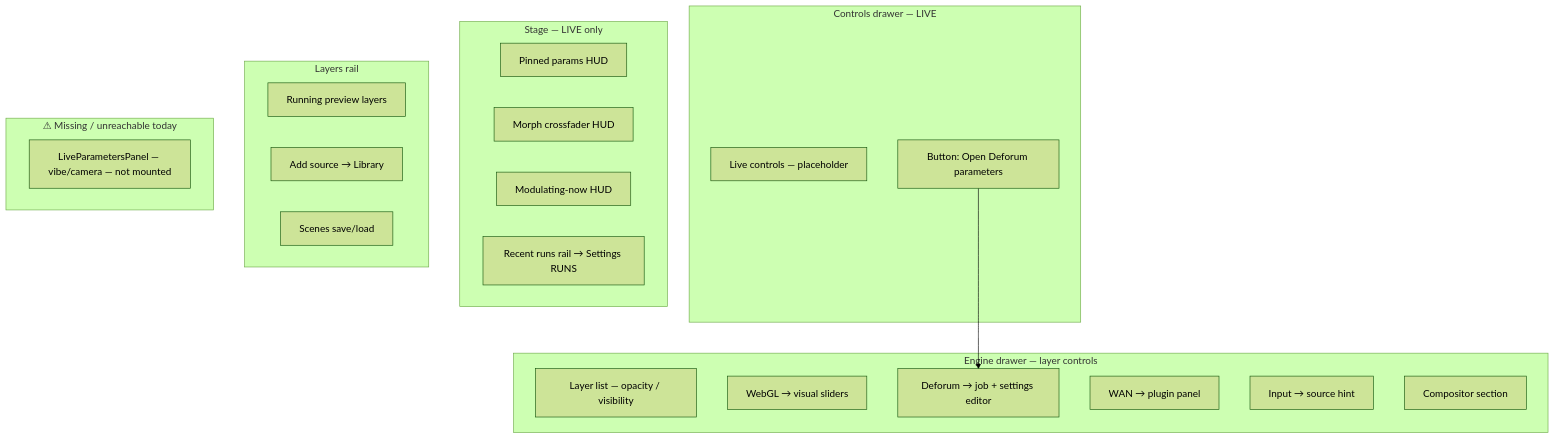
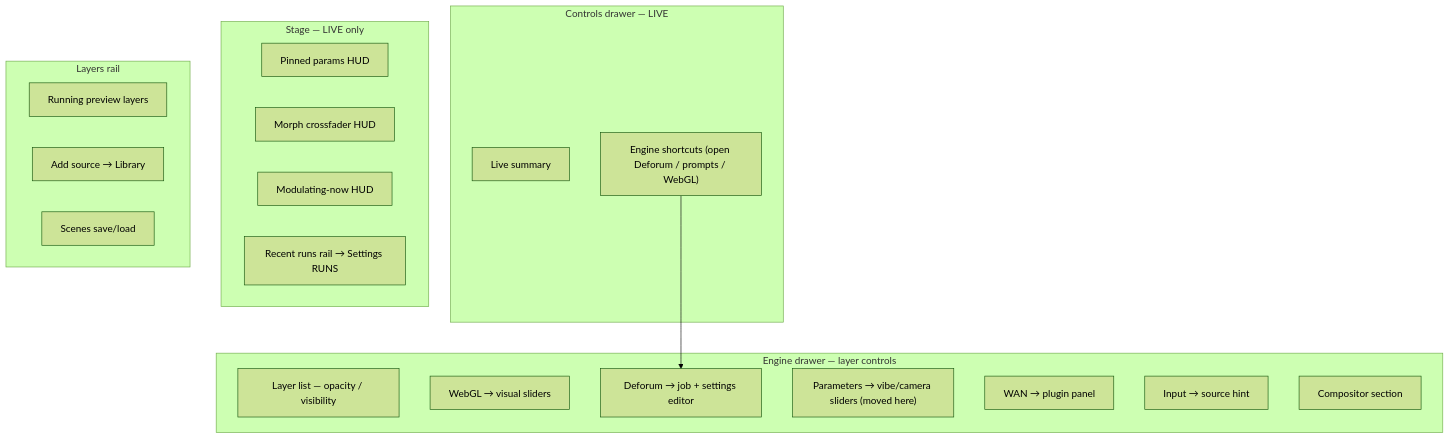
One commit to janiluuk/defora changed the third of 10 diagrams in docker/web/docs/UI-FEATURE-FLOW.md. Above: the diagram before and after it, drawn with Mermaid (forest theme). The commit also changed other lines of this file and 40 other files, not shown here.

First line of the commit message:
feat(web): bottom drawer toggle, engine defaults, and UI flow docs

````diff
--- a/docker/web/docs/UI-FEATURE-FLOW.md
+++ b/docker/web/docs/UI-FEATURE-FLOW.md
@@ -118,35 +121,32 @@
 ```mermaid
 flowchart TB
   subgraph live_ctrl["Controls drawer — LIVE"]
-    LV_HINT["Live controls — placeholder"]
-    LV_OPEN["Button: Open Deforum parameters"]
+    LV_SUM["Live summary"]
+    LV_SHORT["Engine shortcuts (open Deforum / prompts / WebGL)"]
   end
 
   subgraph live_stage["Stage — LIVE only"]
     PIN["Pinned params HUD"]
     MORPH["Morph crossfader HUD"]
     MOD_NOW["Modulating-now HUD"]
     RECENT["Recent runs rail → Settings RUNS"]
   end
 
   subgraph live_eng["Engine drawer — layer controls"]
     L_LIST["Layer list — opacity / visibility"]
     L_WEBGL["WebGL → visual sliders"]
     L_DEF["Deforum → job + settings editor"]
+    L_PARAMS["Parameters → vibe/camera sliders (moved here)"]
     L_WAN["WAN → plugin panel"]
     L_IN["Input → source hint"]
     L_COMP["Compositor section"]
   end
 
   subgraph live_layers["Layers rail"]
     L_RUN["Running preview layers"]
     L_ADD["Add source → Library"]
     L_SCENES["Scenes save/load"]
   end
 
-  LV_OPEN --> L_DEF
-
-  subgraph live_missing["⚠ Missing / unreachable today"]
-    LIVE_PARAMS["LiveParametersPanel — vibe/camera — not mounted"]
-  end
+  LV_SHORT --> L_DEF
 ```
````
